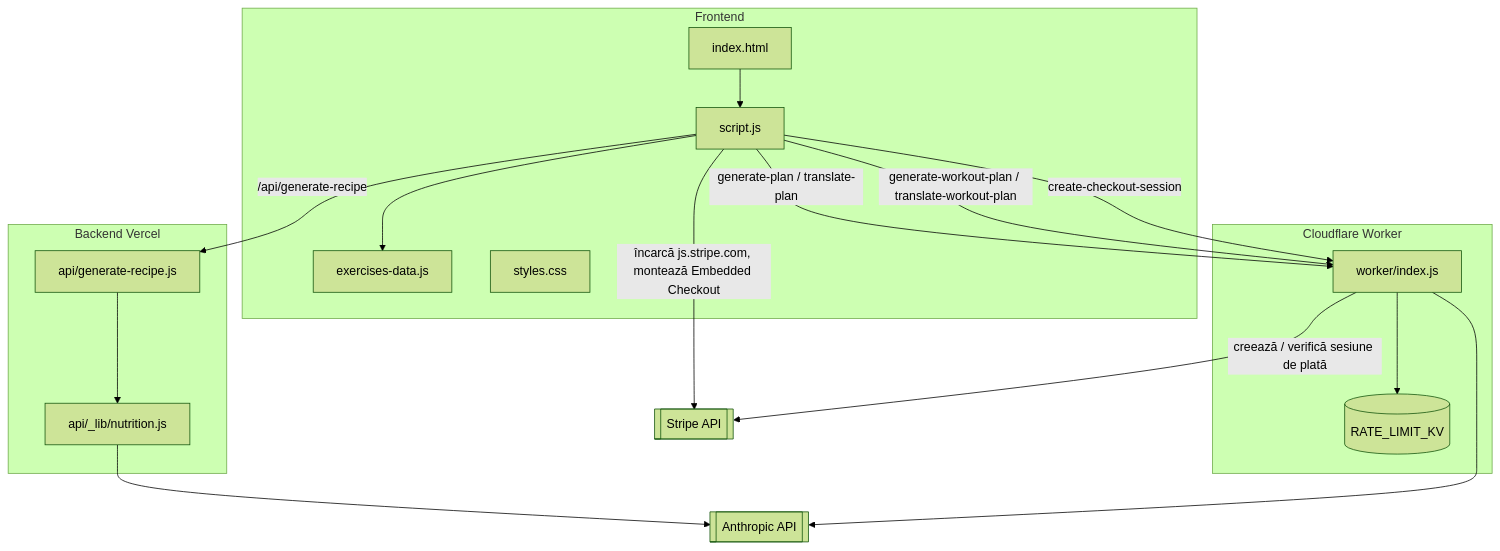
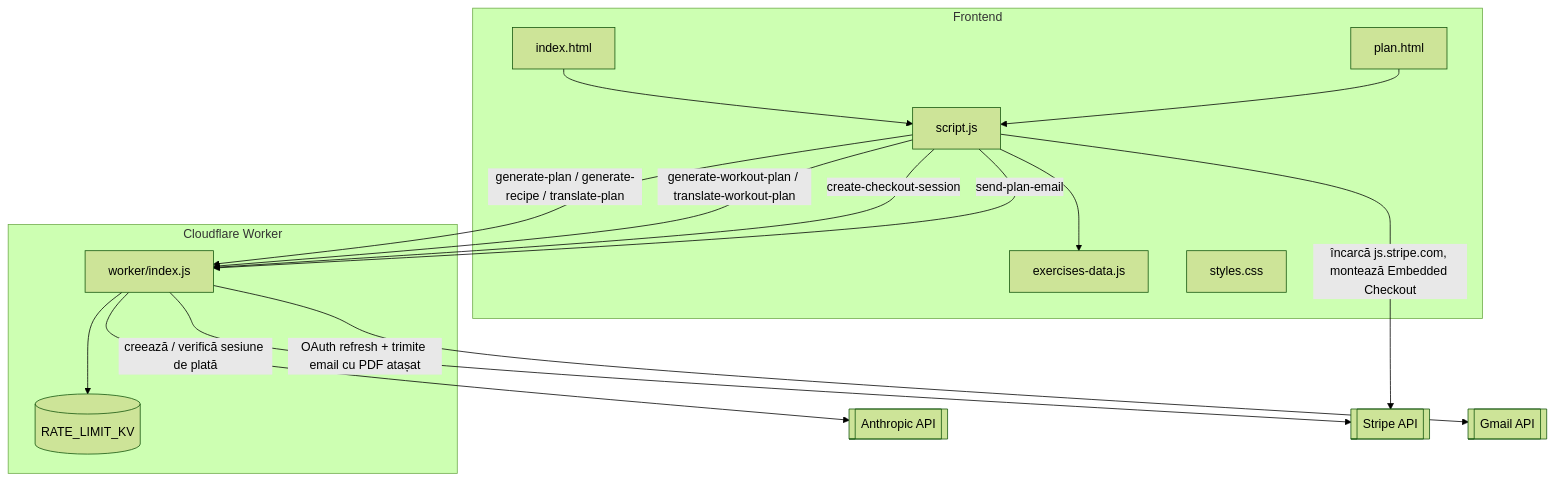
The diagram in architecture.md (iarisgabor/ff-fitness-nutrition), drawn with Mermaid (forest theme) before and after one commit. The commit also changed other lines of this file and 10 other files, not shown here.

First line of the commit message:
Muta planul alimentar pe pagina separata, cache rețete, PDF complet si email

````diff
--- a/architecture.md
+++ b/architecture.md
@@ -15,34 +14,32 @@
 ```mermaid
 flowchart TB
     subgraph Frontend["Frontend"]
         IH[index.html]
+        PH[plan.html]
         SJ[script.js]
         ED[exercises-data.js]
         CSS[styles.css]
-    end
-
-    subgraph Vercel["Backend Vercel"]
-        API[api/generate-recipe.js]
-        LIB[api/_lib/nutrition.js]
     end
 
     subgraph CF["Cloudflare Worker"]
         WI[worker/index.js]
         KV[(RATE_LIMIT_KV)]
     end
 
     ANTH[[Anthropic API]]
     STRIPE[[Stripe API]]
+    GMAIL[[Gmail API]]
 
     IH --> SJ
+    PH --> SJ
     SJ --> ED
-    SJ -- "/api/generate-recipe" --> API
-    API --> LIB --> ANTH
-    SJ -- "generate-plan / translate-plan" --> WI
+    SJ -- "generate-plan / generate-recipe / translate-plan" --> WI
     SJ -- "generate-workout-plan / translate-workout-plan" --> WI
     SJ -- "create-checkout-session" --> WI
+    SJ -- "send-plan-email" --> WI
     SJ -- "încarcă js.stripe.com, montează Embedded Checkout" --> STRIPE
     WI -- "creează / verifică sesiune de plată" --> STRIPE
+    WI -- "OAuth refresh + trimite email cu PDF atașat" --> GMAIL
     WI --> KV
     WI --> ANTH
 ```
````
